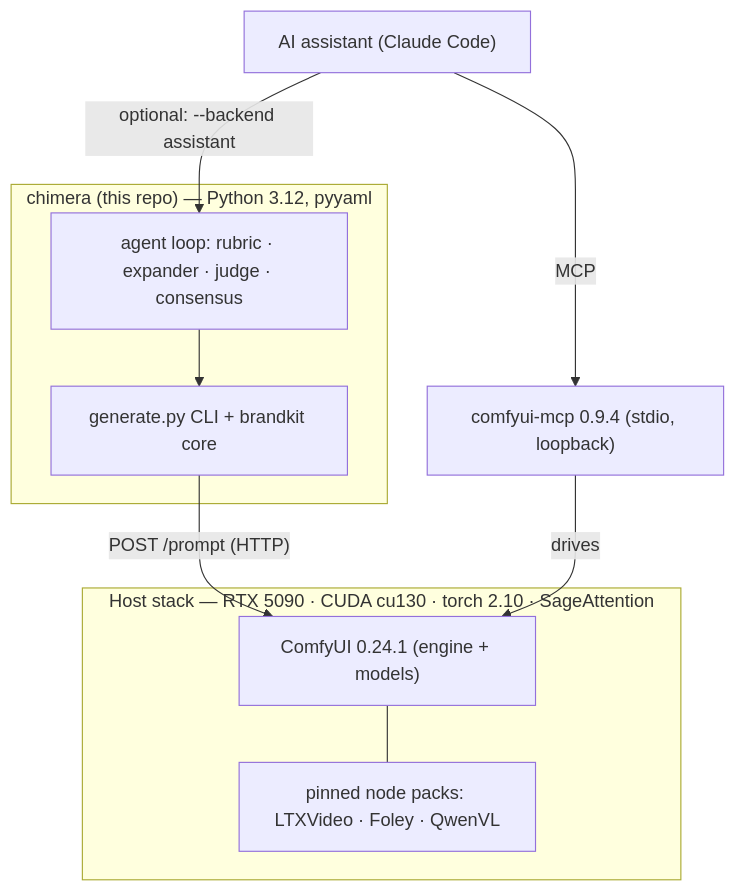
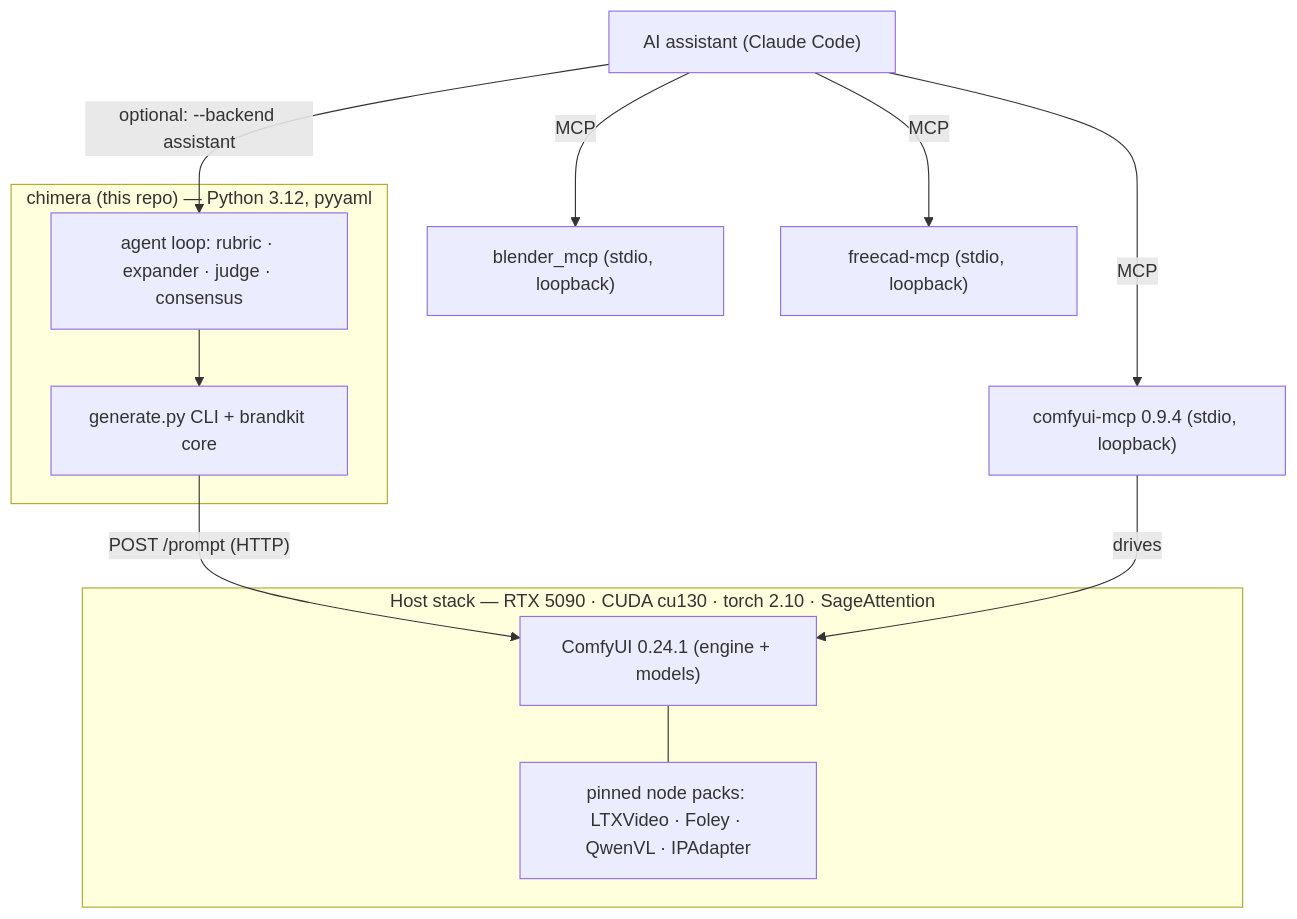
Before and after one commit to whartons/Chimera: the diagram in docs/STACK.md, drawn with Mermaid. The commit also changed other lines of this file and 73 other files, not shown here.

````diff
--- a/docs/STACK.md
+++ b/docs/STACK.md
@@ -12,18 +12,22 @@
 ```mermaid
 flowchart TD
     subgraph host["Host stack — RTX 5090 · CUDA cu130 · torch 2.10 · SageAttention"]
         comfy["ComfyUI 0.24.1 (engine + models)"]
-        packs["pinned node packs: LTXVideo · Foley · QwenVL"]
+        packs["pinned node packs: LTXVideo · Foley · QwenVL · IPAdapter"]
         comfy --- packs
     end
     subgraph chimera["chimera (this repo) — Python 3.12, pyyaml"]
         cli["generate.py CLI + brandkit core"]
         agent["agent loop: rubric · expander · judge · consensus"]
     end
     mcp["comfyui-mcp 0.9.4 (stdio, loopback)"]
     cli -->|"POST /prompt (HTTP)"| comfy
     agent --> cli
     mcp -->|drives| comfy
     assistant["AI assistant (Claude Code)"] -->|MCP| mcp
+    blender["blender_mcp (stdio, loopback)"]
+    freecad["freecad-mcp (stdio, loopback)"]
+    assistant -->|MCP| blender
+    assistant -->|MCP| freecad
     assistant -->|"optional: --backend assistant"| agent
 ```
````
